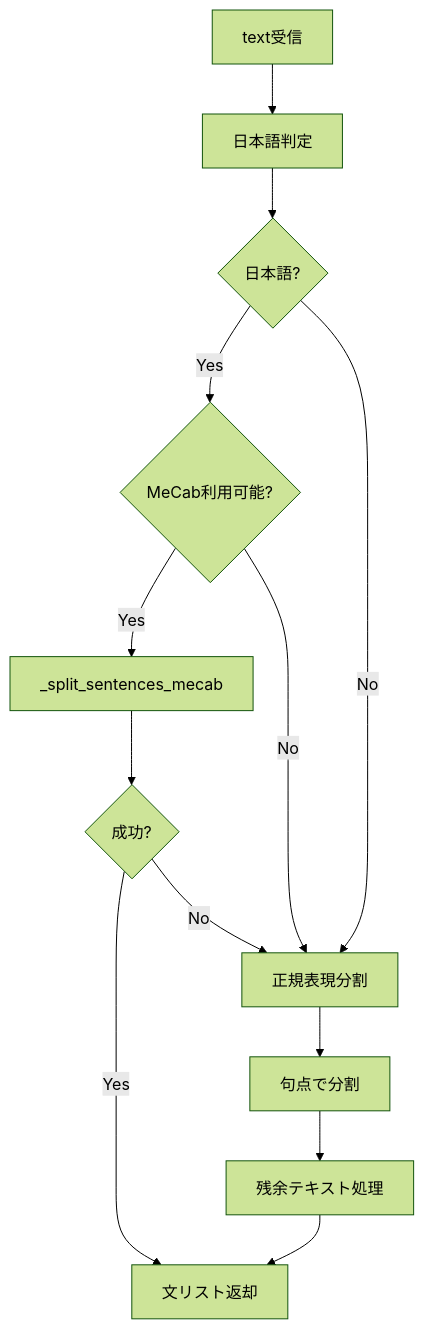
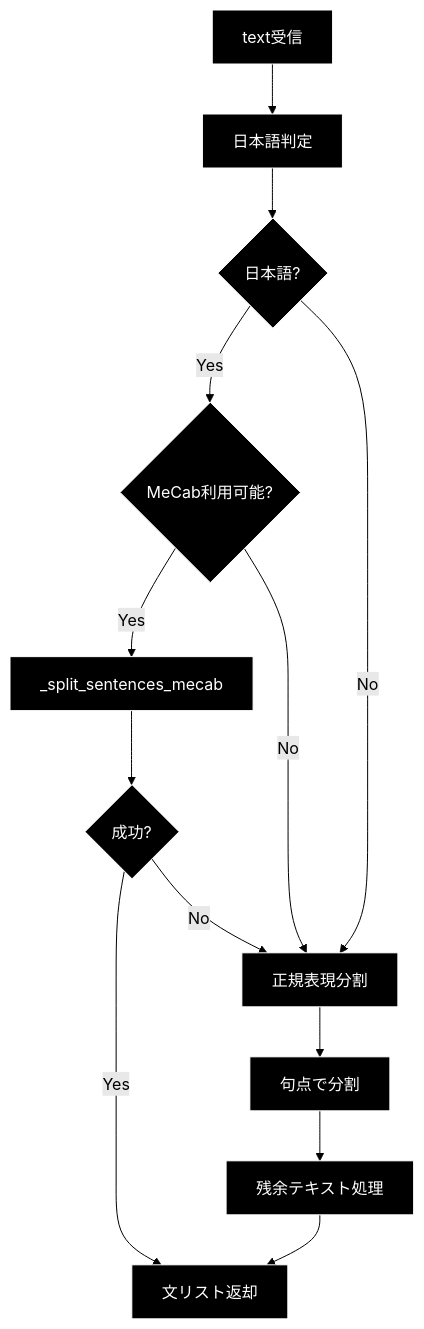
Before and after one commit to nakashima2toshio/ollama_grace_agent_v2: the fifth of 9 diagrams in qa_generation/doc/semantic.md, drawn with Mermaid (forest theme). The commit also changed other lines of this file and 7 other files, not shown here.

````diff
--- a/qa_generation/doc/semantic.md
+++ b/qa_generation/doc/semantic.md
@@ -260,15 +277,18 @@
 ```mermaid
 flowchart TD
     A[text受信] --> B[日本語判定]
     B --> C{日本語?}
     C -->|Yes| D{MeCab利用可能?}
     D -->|Yes| E[_split_sentences_mecab]
     D -->|No| F[正規表現分割]
     C -->|No| F
     E --> G{成功?}
     G -->|Yes| H[文リスト返却]
     G -->|No| F
     F --> I[句点で分割]
     I --> J[残余テキスト処理]
     J --> H
+classDef default fill:#000,stroke:#fff,color:#fff
+classDef subgraphStyle fill:#1a1a1a,stroke:#fff,color:#fff
+class A,B,C,D,E,F,G,H,I,J default
 ```
````
